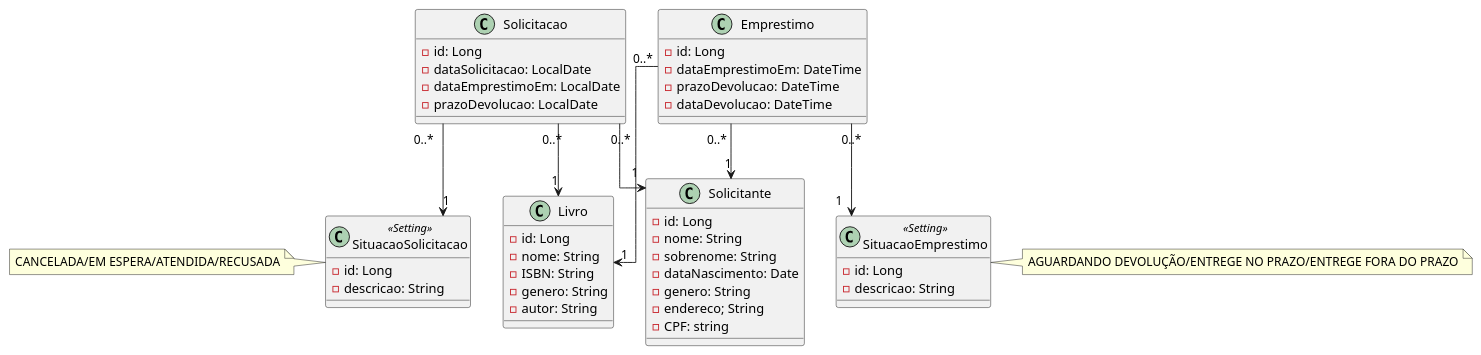
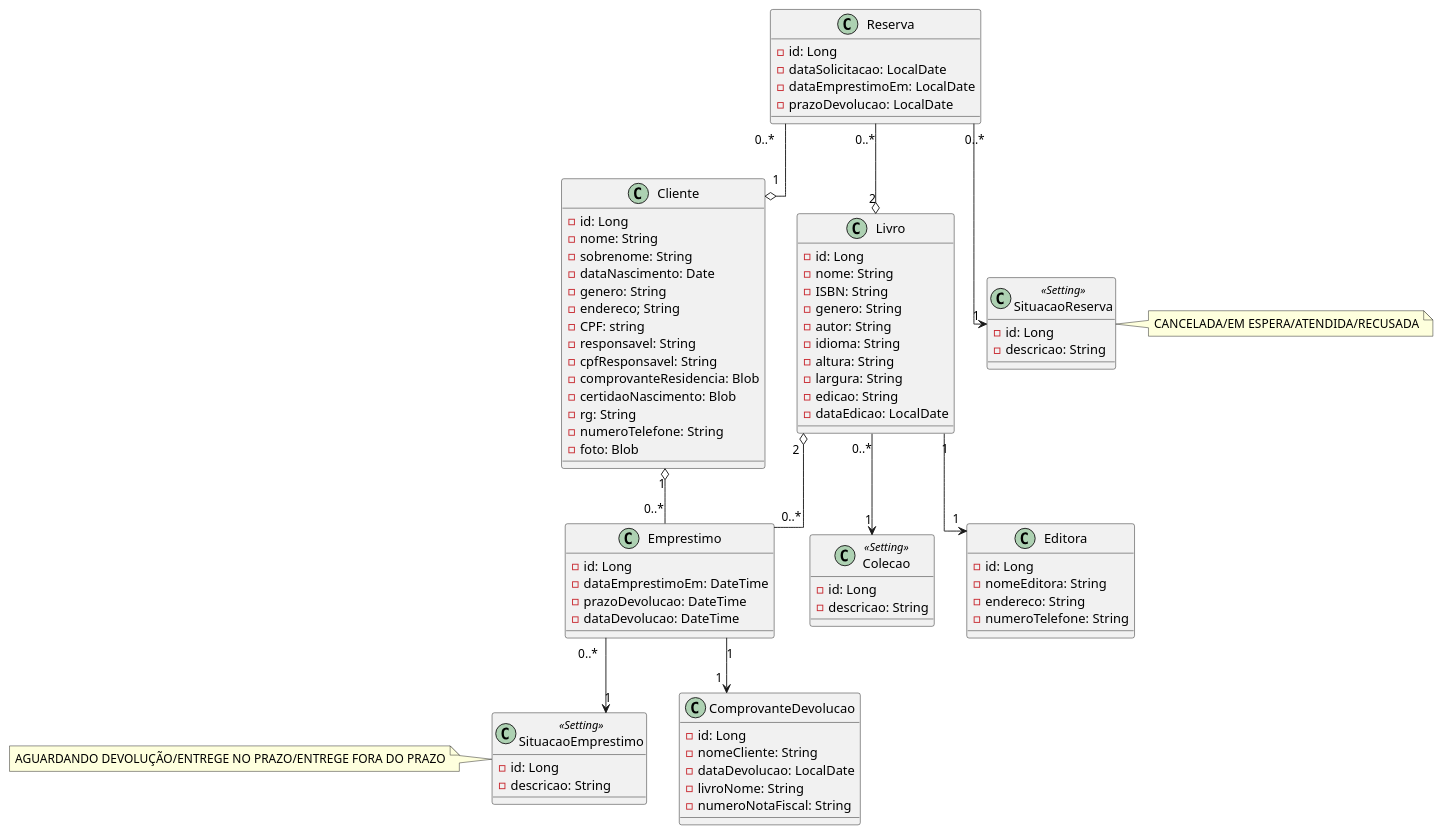
One commit to jeoliveira045/sistema-bibly-java changed the diagram in src/main/resources/domain.plantuml. Above: the diagram before and after it, drawn with PlantUML. The commit also changed 1 other file, not shown here.

Commit message:
Atualização do diagrama

```diff
--- a/src/main/resources/domain.plantuml
+++ b/src/main/resources/domain.plantuml
@@ -1,75 +1,110 @@
 @startuml
 
 skinparam linetype ortho
 top to bottom direction
 
     class Livro{
         - id: Long
         - nome: String
         - ISBN: String
         - genero: String
         - autor: String
+        - idioma: String
+        - altura: String
+        - largura: String
+        - edicao: String
+        - dataEdicao: LocalDate
     }
 
     class Emprestimo{
         - id: Long
         - dataEmprestimoEm: DateTime
         - prazoDevolucao: DateTime
         - dataDevolucao: DateTime
     }
 
-    class Solicitante{
+    class Cliente{
         - id: Long
         - nome: String
         - sobrenome: String
         - dataNascimento: Date
         - genero: String
         - endereco; String
         - CPF: string
+        - responsavel: String
+        - cpfResponsavel: String
+        - comprovanteResidencia: Blob
+        - certidaoNascimento: Blob
+        - rg: String
+        - numeroTelefone: String
+        - foto: Blob
     }
 
-    class Solicitacao{
+    class Reserva{
         - id: Long
         - dataSolicitacao: LocalDate
         - dataEmprestimoEm: LocalDate
         - prazoDevolucao: LocalDate
     }
 
-    class SituacaoSolicitacao<<Setting>>{
+    class SituacaoReserva<<Setting>>{
         - id: Long
         - descricao: String
     }
 
 '    class SituacaoLivro<<Setting>>{
 '
 '        - id: Long
 '        - descricao: String
 '    }
 '
 '    class SituacaoSolicitante<<Setting>>{
 '        - id: Long
 '        - descricao: String
 '    }
     class SituacaoEmprestimo<<Setting>>{
         - id: Long
         - descricao: String
     }
 
+    class Colecao<<Setting>>{
+        - id: Long
+        - descricao: String
+    }
 
-    note left of SituacaoSolicitacao : CANCELADA/EM ESPERA/ATENDIDA/RECUSADA
+    class ComprovanteDevolucao{
+        - id: Long
+        - nomeCliente: String
+        - dataDevolucao: LocalDate
+        - livroNome: String
+        - numeroNotaFiscal: String
+    }
+
+    class Editora {
+        - id: Long
+        - nomeEditora: String
+        - endereco: String
+        - numeroTelefone: String
+    }
+
+
+    note right of SituacaoReserva : CANCELADA/EM ESPERA/ATENDIDA/RECUSADA
 '    note right of SituacaoSolicitante : SEM PENDENCIA/PRECISA DEVOLVER
 '    note left of SituacaoLivro : EMPRESTADO/EM ESTOQUE
-    note right of SituacaoEmprestimo: AGUARDANDO DEVOLUÇÃO/ENTREGE NO PRAZO/ENTREGE FORA DO PRAZO
+    note left of SituacaoEmprestimo: AGUARDANDO DEVOLUÇÃO/ENTREGE NO PRAZO/ENTREGE FORA DO PRAZO
 
 
-    Emprestimo "0..*"--> "1" Livro
-    Emprestimo "0..*" --> "1" Solicitante
-    Solicitacao "0..*" --> "1" Solicitante
-    Solicitacao "0..*" --> "1" Livro
-    Solicitacao  "0..*" --> "1" SituacaoSolicitacao
+    Emprestimo "0..*"-u-o "2" Livro
+    Emprestimo "0..*" -u-o "1" Cliente
+    Reserva "0..*" --o "1" Cliente
+    Reserva "0..*" --o "2" Livro
+    Reserva  "0..*" --> "1" SituacaoReserva
 '    Solicitante "0..*" --> "1" SituacaoSolicitante
 '    Livro "0..*" --> "1" SituacaoLivro
     Emprestimo "0..*" --> "1" SituacaoEmprestimo
+    Livro "0..*" --> "1" Colecao
+    Livro "1" --> "1" Editora
+    Emprestimo "1" --> "1" ComprovanteDevolucao
 
 
 @enduml
```
